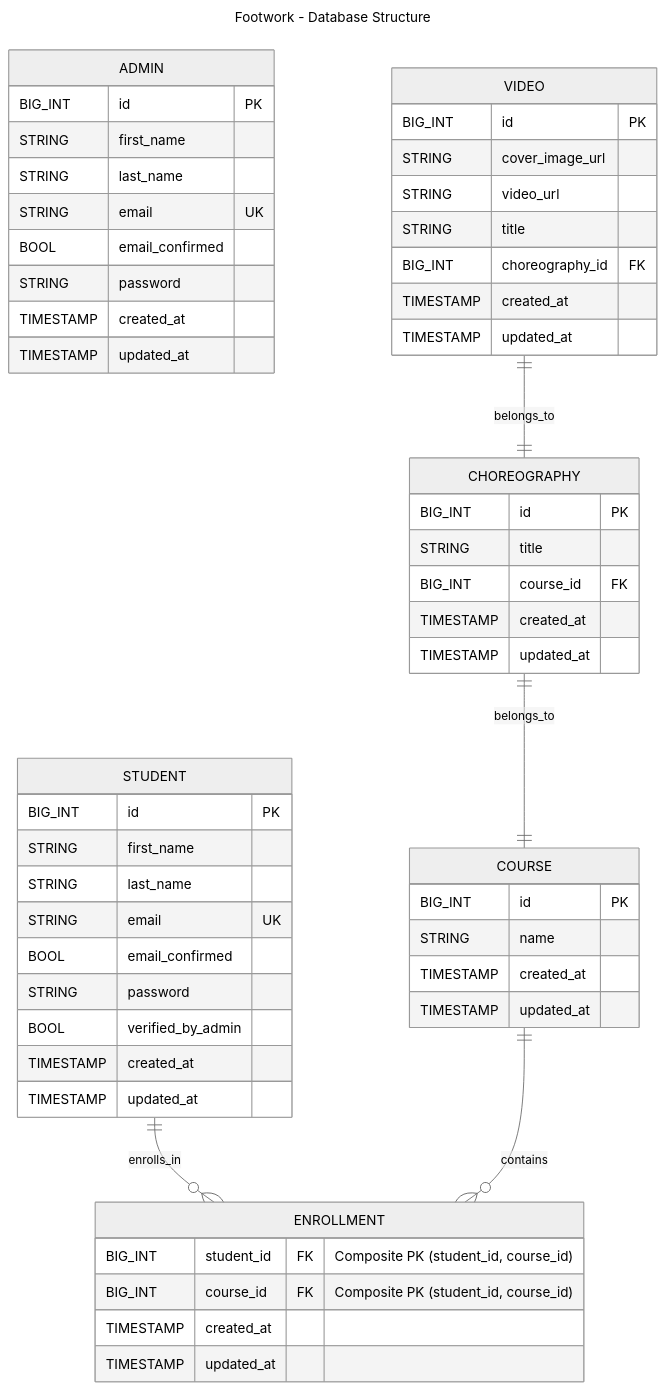
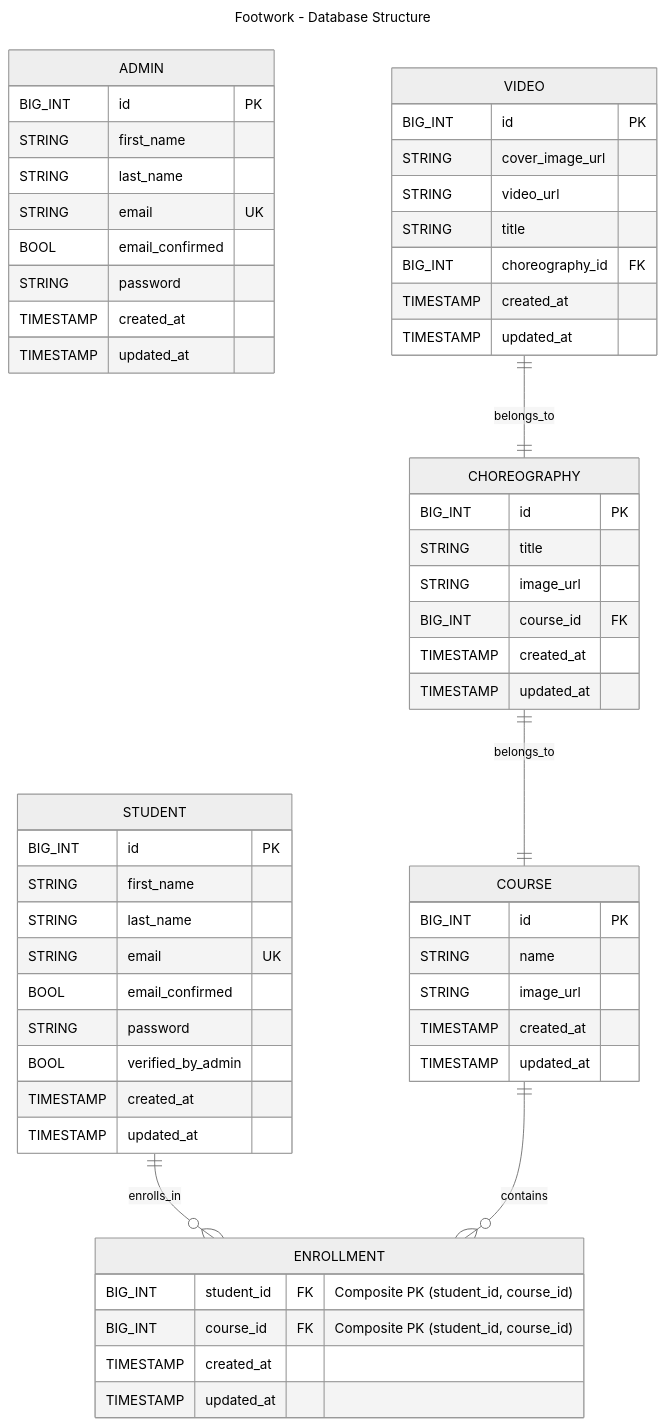
The diagram in README.md (gianlucaromeo/footwork-backend), drawn with Mermaid (neutral theme) before and after one commit.

````diff
--- a/README.md
+++ b/README.md
@@ -14,66 +14,68 @@
 ```mermaid
 ---
 title: Footwork - Database Structure
 ---
 erDiagram
     ADMIN {
         BIG_INT id PK
         STRING first_name
         STRING last_name
         STRING email UK
         BOOL email_confirmed
         STRING password
         TIMESTAMP created_at
         TIMESTAMP updated_at
     }
 
     STUDENT {
         BIG_INT id PK
         STRING first_name
         STRING last_name
         STRING email UK
         BOOL email_confirmed
         STRING password
         BOOL verified_by_admin
         TIMESTAMP created_at
         TIMESTAMP updated_at
     }
 
     COURSE {
         BIG_INT id PK
         STRING name
+        STRING image_url
         TIMESTAMP created_at
         TIMESTAMP updated_at
     }
 
     CHOREOGRAPHY {
         BIG_INT id PK
         STRING title
+        STRING image_url
         BIG_INT course_id FK
         TIMESTAMP created_at
         TIMESTAMP updated_at
     }
 
     VIDEO {
         BIG_INT id PK
         STRING cover_image_url
         STRING video_url
         STRING title
         BIG_INT choreography_id FK
         TIMESTAMP created_at
         TIMESTAMP updated_at
     }
 
     ENROLLMENT {
         BIG_INT student_id FK "Composite PK (student_id, course_id)"
         BIG_INT course_id FK "Composite PK (student_id, course_id)"
         TIMESTAMP created_at
         TIMESTAMP updated_at
     }
     
     VIDEO ||--|| CHOREOGRAPHY : belongs_to
     CHOREOGRAPHY ||--|| COURSE : belongs_to
 
     STUDENT ||--o{ ENROLLMENT : enrolls_in
     COURSE ||--o{ ENROLLMENT : contains
 ```
````
